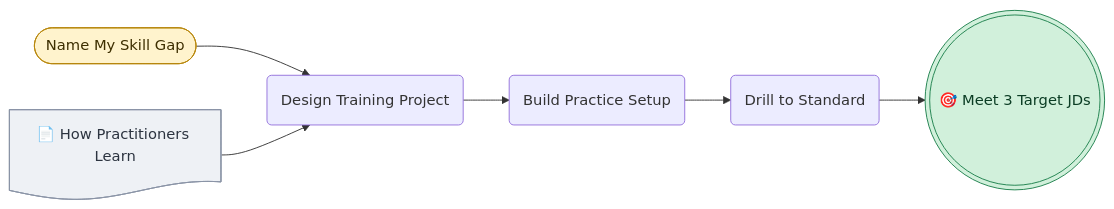
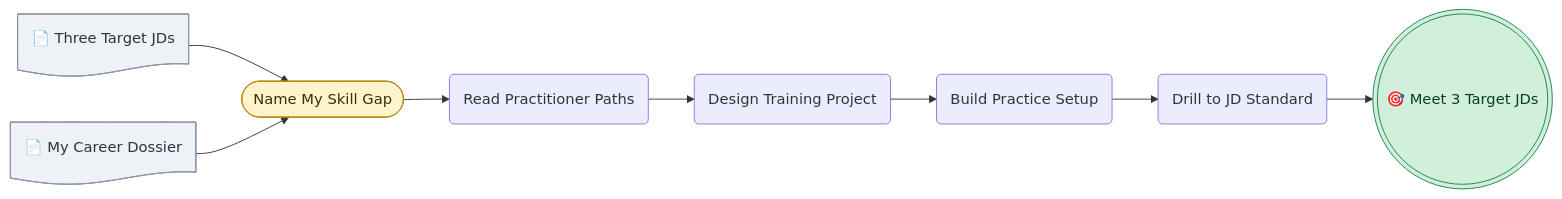
The second of 6 diagrams in .claude/skills/mermaid-styles/skills/explainer-diagrams/ref/patterns/working-backwards-chain.md (MacHu-GWU/shsk_mermaid_styles-project), drawn with Mermaid before and after one commit. The commit also changed other lines of this file and 1 other file, not shown here.

````diff
--- a/.claude/skills/mermaid-styles/skills/explainer-diagrams/ref/patterns/working-backwards-chain.md
+++ b/.claude/skills/mermaid-styles/skills/explainer-diagrams/ref/patterns/working-backwards-chain.md
@@ -152,20 +163,23 @@
 ```mermaid
 flowchart LR
-    B@{ shape: stadium, label: "Name My Skill Gap" }
-    P@{ shape: doc, label: "📄 How Practitioners Learn" }
+    R1@{ shape: doc, label: "📄 Three Target JDs" }
+    R2@{ shape: doc, label: "📄 My Career Dossier" }
+    A@{ shape: stadium, label: "Name My Skill Gap" }
+    B@{ shape: rounded, label: "Read Practitioner Paths" }
     C@{ shape: rounded, label: "Design Training Project" }
     D@{ shape: rounded, label: "Build Practice Setup" }
-    E@{ shape: rounded, label: "Drill to Standard" }
+    E@{ shape: rounded, label: "Drill to JD Standard" }
     G@{ shape: dbl-circ, label: "🎯 Meet 3 Target JDs" }
 
-    B --> C
-    P --> C
-    C --> D --> E --> G
+    R1 --> A
+    R2 --> A
+    A --> B --> C --> D --> E --> G
+
     classDef goalNode fill:#D1F0DB,stroke:#1B7F4B,color:#0B3D24
     classDef groundNode fill:#FFF3CD,stroke:#B8860B,color:#3D2E00
     classDef materialNode fill:#EEF1F5,stroke:#8A94A6,color:#2C3440
 
     class G goalNode
-    class B groundNode
-    class P materialNode
+    class A groundNode
+    class R1,R2 materialNode
 ```
````
